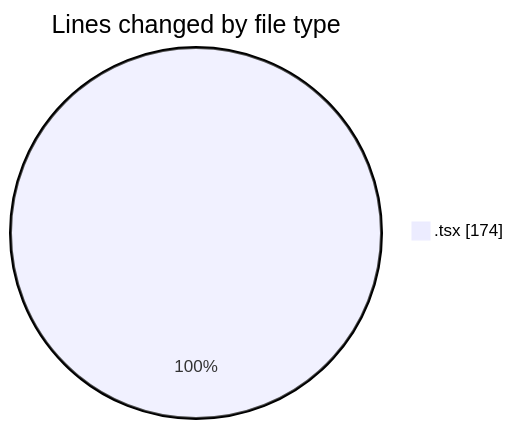
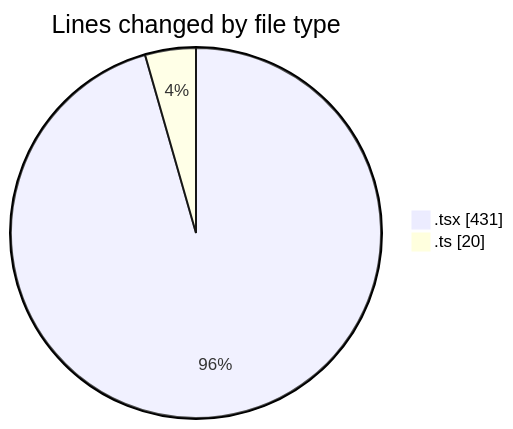
The first of 2 diagrams in 2025-10-14/eventscop-frontend-guide__workspace_/README.md (julien-gomy/code-tracking), drawn with Mermaid before and after one commit. The commit also changed other lines of this file and 1 other file, not shown here.

````diff
--- a/2025-10-14/eventscop-frontend-guide__workspace_/README.md
+++ b/2025-10-14/eventscop-frontend-guide__workspace_/README.md
@@ -20,5 +25,6 @@
 ```mermaid
 pie showData
 title Lines changed by file type
-".tsx" : 174
+".tsx" : 431
+".ts" : 20
 ```
````
